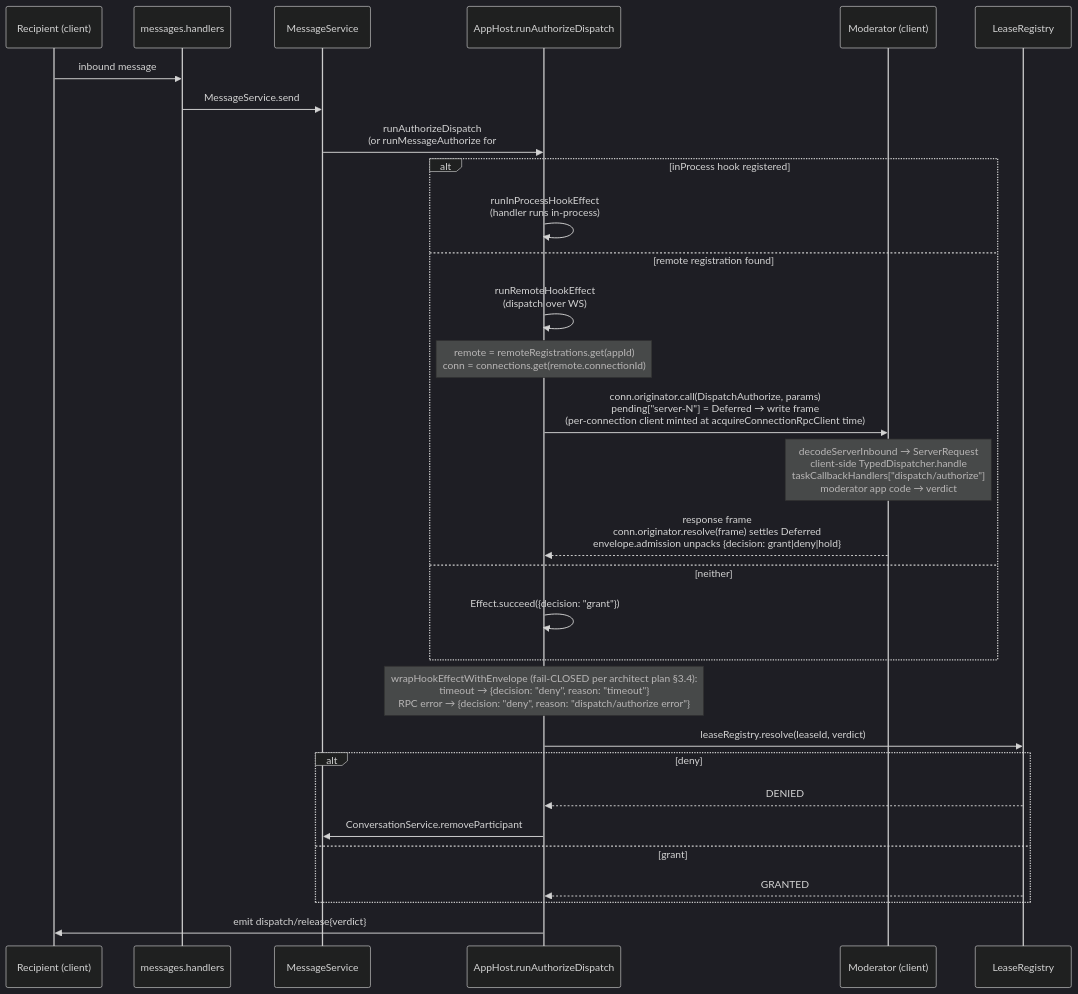
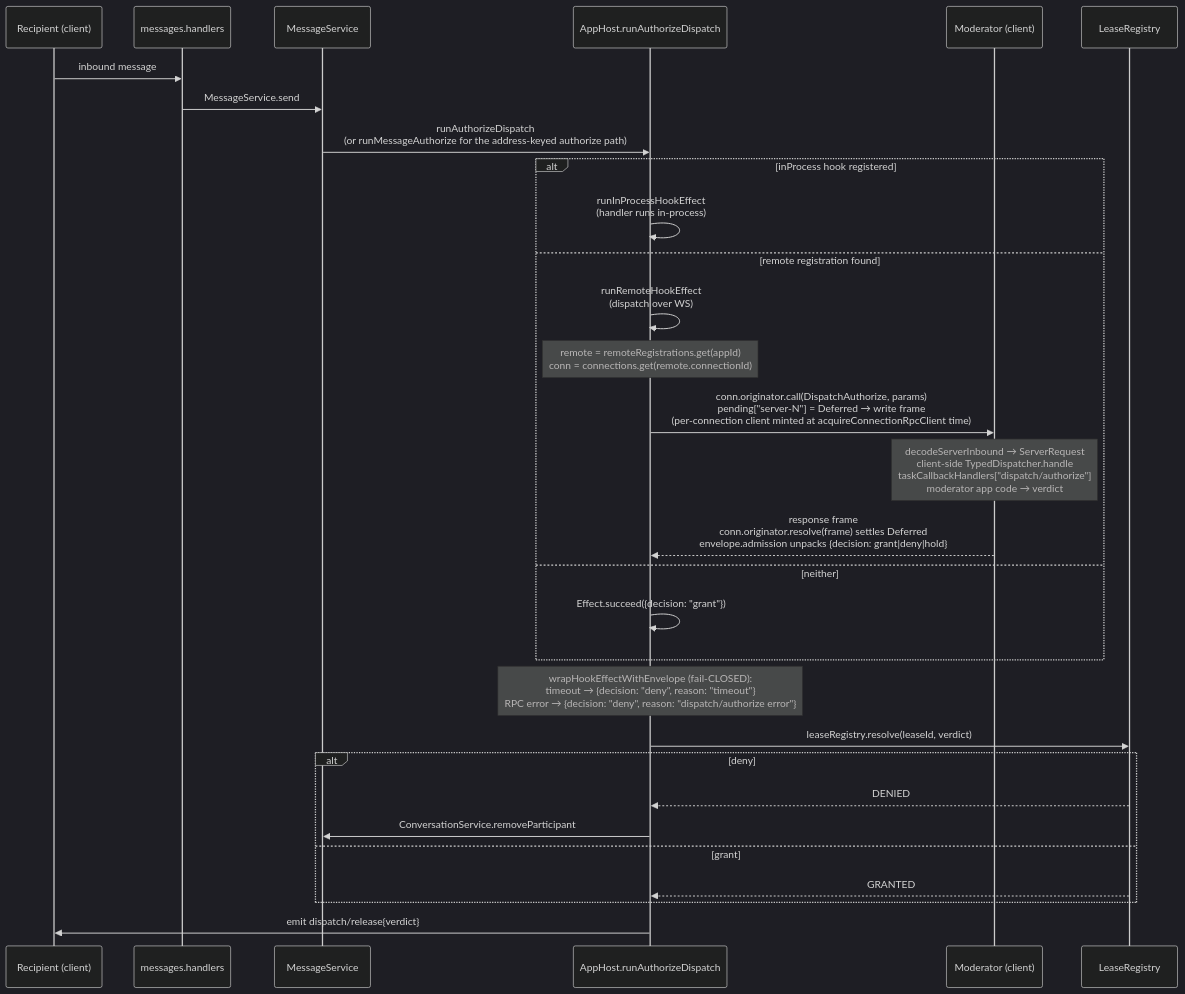
Before and after one commit to chughtapan/moltzap: the diagram in packages/server/docs/architecture/04-server-initiated-callback.md, drawn with Mermaid (dark theme). The commit also changed other lines of this file and 6 other files, not shown here.

First line of the commit message:
docs: consolidate dispatch flow into server-side docs

````diff
--- a/packages/server/docs/architecture/04-server-initiated-callback.md
+++ b/packages/server/docs/architecture/04-server-initiated-callback.md
@@ -10,36 +20,36 @@
 ```mermaid
 sequenceDiagram
     participant Recv as Recipient (client)
     participant MH as messages.handlers
     participant MS as MessageService
     participant AH as AppHost.runAuthorizeDispatch
     participant Mod as Moderator (client)
     participant LR as LeaseRegistry
 
     Recv->>MH: inbound message
     MH->>MS: MessageService.send
-    MS->>AH: runAuthorizeDispatch<br>(or runMessageAuthorize for #560 path)
+    MS->>AH: runAuthorizeDispatch<br>(or runMessageAuthorize for the address-keyed authorize path)
 
     alt inProcess hook registered
         AH->>AH: runInProcessHookEffect<br>(handler runs in-process)
     else remote registration found
         AH->>AH: runRemoteHookEffect<br>(dispatch over WS)
         Note over AH: remote = remoteRegistrations.get(appId)<br>conn = connections.get(remote.connectionId)
         AH->>Mod: conn.originator.call(DispatchAuthorize, params)<br>pending["server-N"] = Deferred → write frame<br>(per-connection client minted at acquireConnectionRpcClient time)
         Note over Mod: decodeServerInbound → ServerRequest<br>client-side TypedDispatcher.handle<br>taskCallbackHandlers["dispatch/authorize"]<br>moderator app code → verdict
         Mod-->>AH: response frame<br>conn.originator.resolve(frame) settles Deferred<br>envelope.admission unpacks {decision: grant|deny|hold}
     else neither
         AH->>AH: Effect.succeed({decision: "grant"})
     end
 
-    Note over AH: wrapHookEffectWithEnvelope (fail-CLOSED per architect plan §3.4):<br>timeout → {decision: "deny", reason: "timeout"}<br>RPC error → {decision: "deny", reason: "dispatch/authorize error"}
+    Note over AH: wrapHookEffectWithEnvelope (fail-CLOSED):<br>timeout → {decision: "deny", reason: "timeout"}<br>RPC error → {decision: "deny", reason: "dispatch/authorize error"}
 
     AH->>LR: leaseRegistry.resolve(leaseId, verdict)
     alt deny
         LR-->>AH: DENIED
         AH->>MS: ConversationService.removeParticipant
     else grant
         LR-->>AH: GRANTED
     end
     AH->>Recv: emit dispatch/release{verdict}
 ```
````
